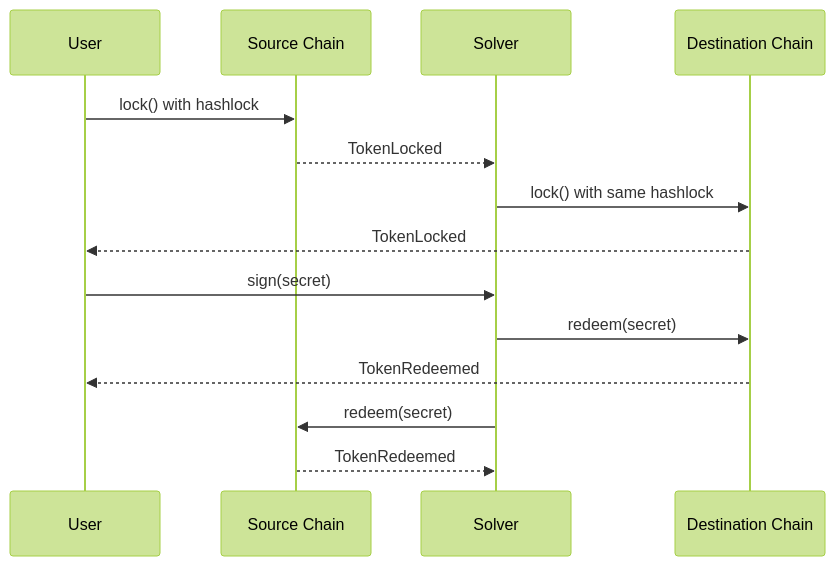
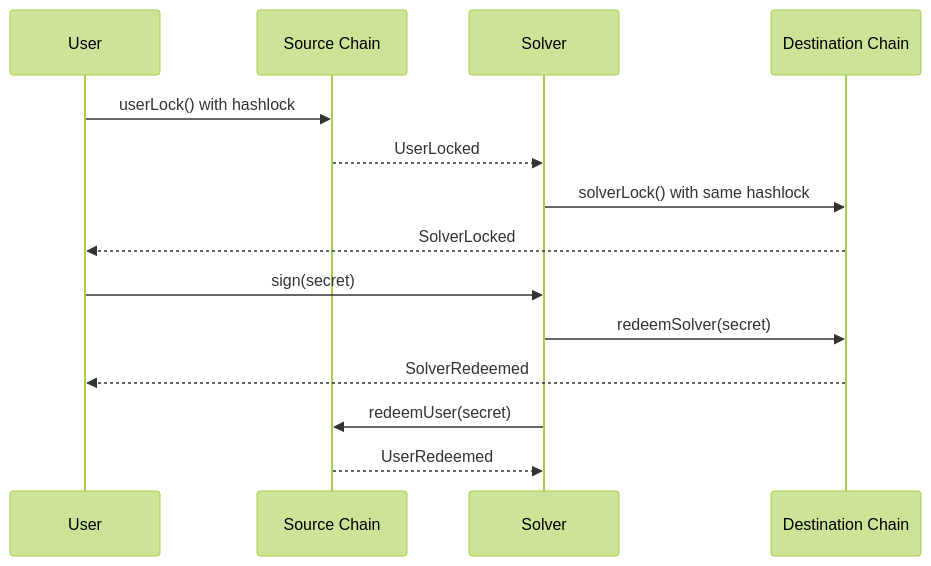
The first of 2 diagrams in protocol-spec/model.mdx (TrainProtocol/docs), drawn with Mermaid (forest theme) before and after one commit. The commit also changed 12 other files, not shown here.

````diff
--- a/protocol-spec/model.mdx
+++ b/protocol-spec/model.mdx
@@ -31,17 +31,17 @@
 ```mermaid
 sequenceDiagram
     participant User
     participant SC as Source Chain
     participant Solver
     participant DC as Destination Chain
     
-    User->>SC: lock() with hashlock
-    SC-->>Solver: TokenLocked
-    Solver->>DC: lock() with same hashlock
-    DC-->>User: TokenLocked
+    User->>SC: userLock() with hashlock
+    SC-->>Solver: UserLocked
+    Solver->>DC: solverLock() with same hashlock
+    DC-->>User: SolverLocked
     User->>Solver: sign(secret)
-    Solver->>DC: redeem(secret)
-    DC-->>User: TokenRedeemed
-    Solver->>SC: redeem(secret)
-    SC-->>Solver: TokenRedeemed
+    Solver->>DC: redeemSolver(secret)
+    DC-->>User: SolverRedeemed
+    Solver->>SC: redeemUser(secret)
+    SC-->>Solver: UserRedeemed
 ```
````
